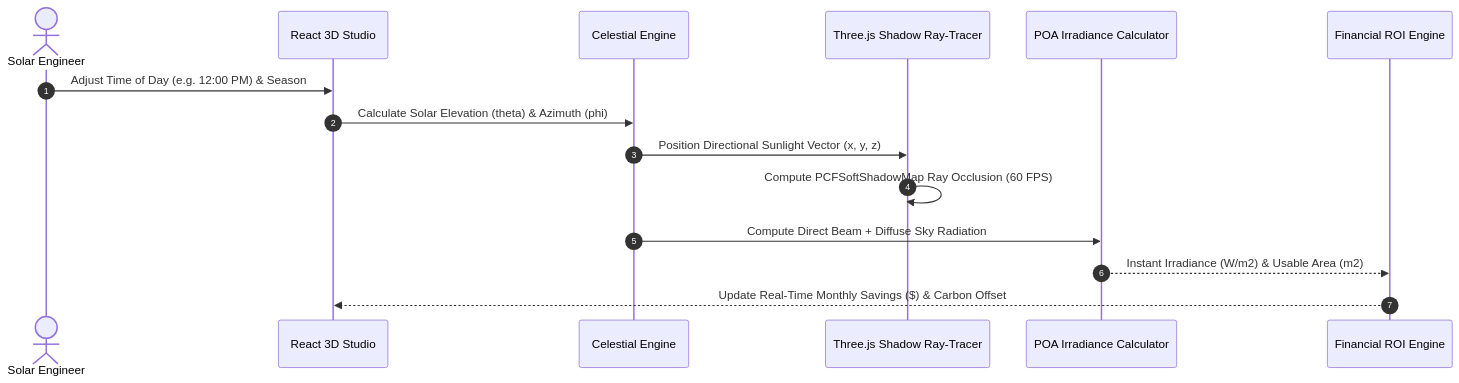
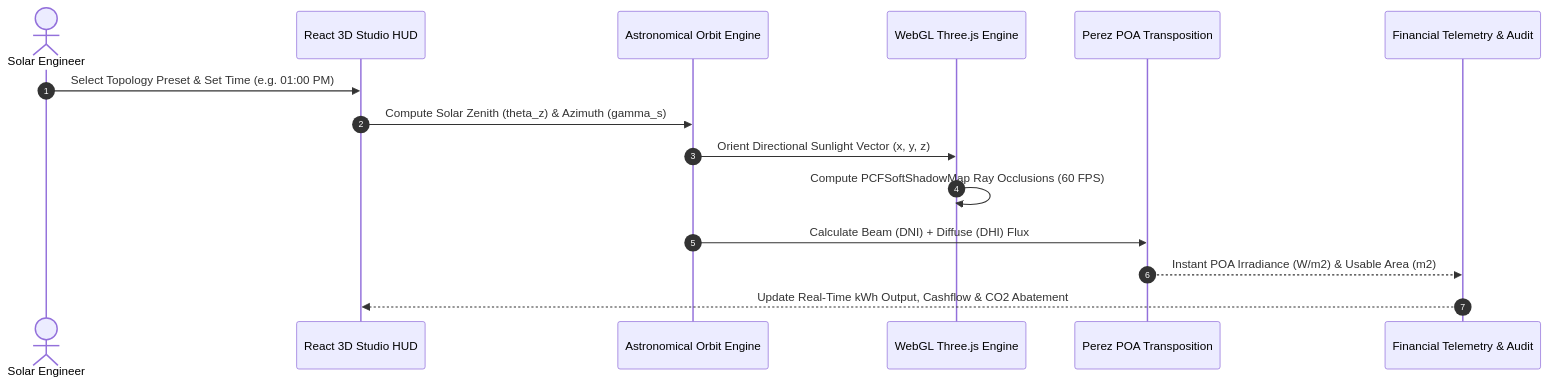
The diagram in README.md (GuruMachanica/SunMap), drawn with Mermaid before and after one commit. The commit also changed other lines of this file, not shown here.

Commit message:
Update comprehensive README: Full-stack monorepo layout, Docker deployment guide, CityGML LOD2 mathematical formulations, architecture diagrams, and Team Ironlogic credentials

````diff
--- a/README.md
+++ b/README.md
@@ -61,18 +115,18 @@
 ```mermaid
 sequenceDiagram
     autonumber
-    actor User as Solar Engineer
-    participant UI as React 3D Studio
-    participant Orbit as Celestial Engine
-    participant WebGL as Three.js Shadow Ray-Tracer
-    participant Physics as POA Irradiance Calculator
-    participant ROI as Financial ROI Engine
+    actor Engineer as Solar Engineer
+    participant UI as React 3D Studio HUD
+    participant Celestial as Astronomical Orbit Engine
+    participant RayTracer as WebGL Three.js Engine
+    participant Transposition as Perez POA Transposition
+    participant Analytics as Financial Telemetry & Audit
 
-    User->>UI: Adjust Time of Day (e.g. 12:00 PM) & Season
-    UI->>Orbit: Calculate Solar Elevation (theta) & Azimuth (phi)
-    Orbit->>WebGL: Position Directional Sunlight Vector (x, y, z)
-    WebGL->>WebGL: Compute PCFSoftShadowMap Ray Occlusion (60 FPS)
-    Orbit->>Physics: Compute Direct Beam + Diffuse Sky Radiation
-    Physics-->>ROI: Instant Irradiance (W/m2) & Usable Area (m2)
-    ROI-->>UI: Update Real-Time Monthly Savings ($) & Carbon Offset
+    Engineer->>UI: Select Topology Preset & Set Time (e.g. 01:00 PM)
+    UI->>Celestial: Compute Solar Zenith (theta_z) & Azimuth (gamma_s)
+    Celestial->>RayTracer: Orient Directional Sunlight Vector (x, y, z)
+    RayTracer->>RayTracer: Compute PCFSoftShadowMap Ray Occlusions (60 FPS)
+    Celestial->>Transposition: Calculate Beam (DNI) + Diffuse (DHI) Flux
+    Transposition-->>Analytics: Instant POA Irradiance (W/m2) & Usable Area (m2)
+    Analytics-->>UI: Update Real-Time kWh Output, Cashflow & CO2 Abatement
 ```
````
